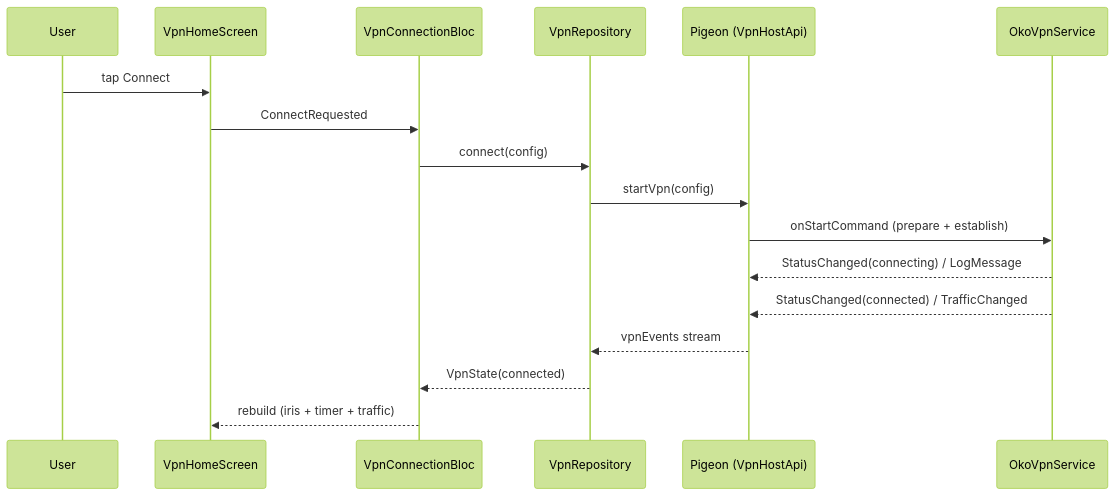
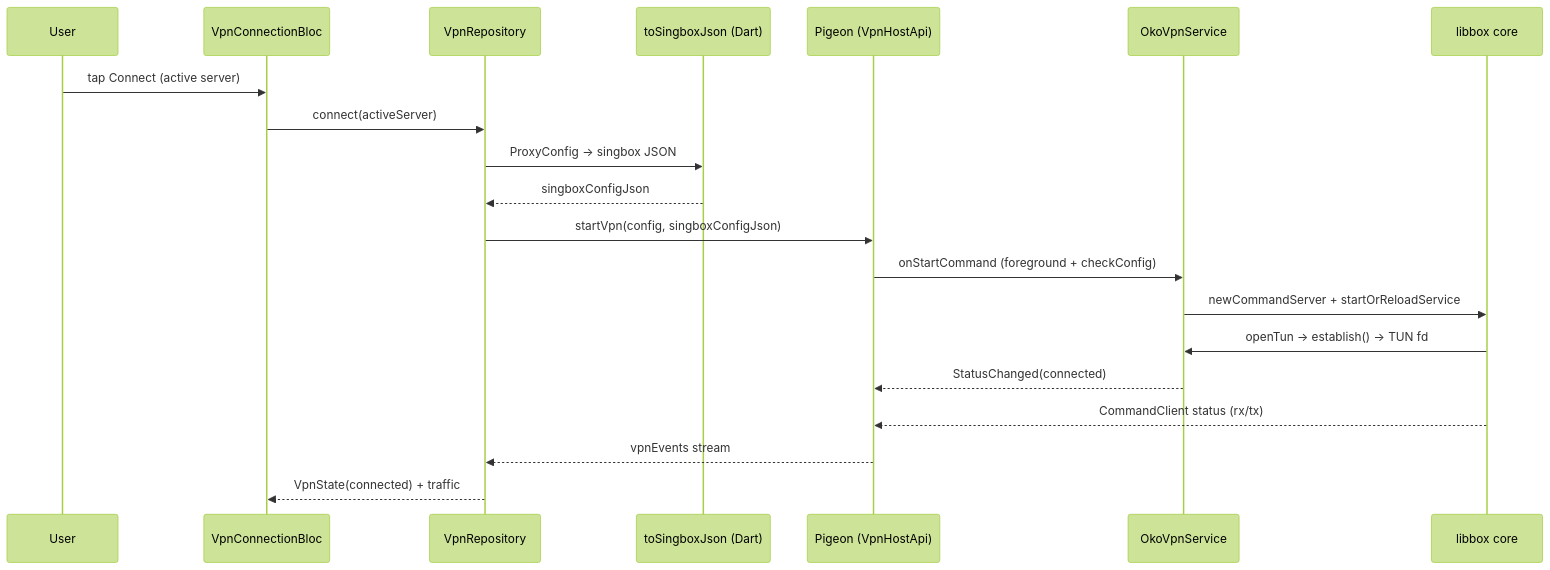
One commit to thevladoss/vpn_oko changed the second of 2 diagrams in README.md. Above: the diagram before and after it, drawn with Mermaid (forest theme). The commit also changed other lines of this file, not shown here.

First line of the commit message:
docs(readme): переписать под рабочий VPN и showcase-модель

````diff
--- a/README.md
+++ b/README.md
@@ -127,19 +191,22 @@
 ```mermaid
 sequenceDiagram
   participant U as User
-  participant W as VpnHomeScreen
   participant B as VpnConnectionBloc
   participant R as VpnRepository
+  participant G as toSingboxJson (Dart)
   participant P as Pigeon (VpnHostApi)
   participant S as OkoVpnService
-  U->>W: tap Connect
-  W->>B: ConnectRequested
-  B->>R: connect(config)
-  R->>P: startVpn(config)
-  P->>S: onStartCommand (prepare + establish)
-  S-->>P: StatusChanged(connecting) / LogMessage
-  S-->>P: StatusChanged(connected) / TrafficChanged
+  participant C as libbox core
+  U->>B: tap Connect (active server)
+  B->>R: connect(activeServer)
+  R->>G: ProxyConfig -> singbox JSON
+  G-->>R: singboxConfigJson
+  R->>P: startVpn(config, singboxConfigJson)
+  P->>S: onStartCommand (foreground + checkConfig)
+  S->>C: newCommandServer + startOrReloadService
+  C->>S: openTun -> establish() -> TUN fd
+  S-->>P: StatusChanged(connected)
+  C-->>P: CommandClient status (rx/tx)
   P-->>R: vpnEvents stream
-  R-->>B: VpnState(connected)
-  B-->>W: rebuild (iris + timer + traffic)
+  R-->>B: VpnState(connected) + traffic
 ```
````
